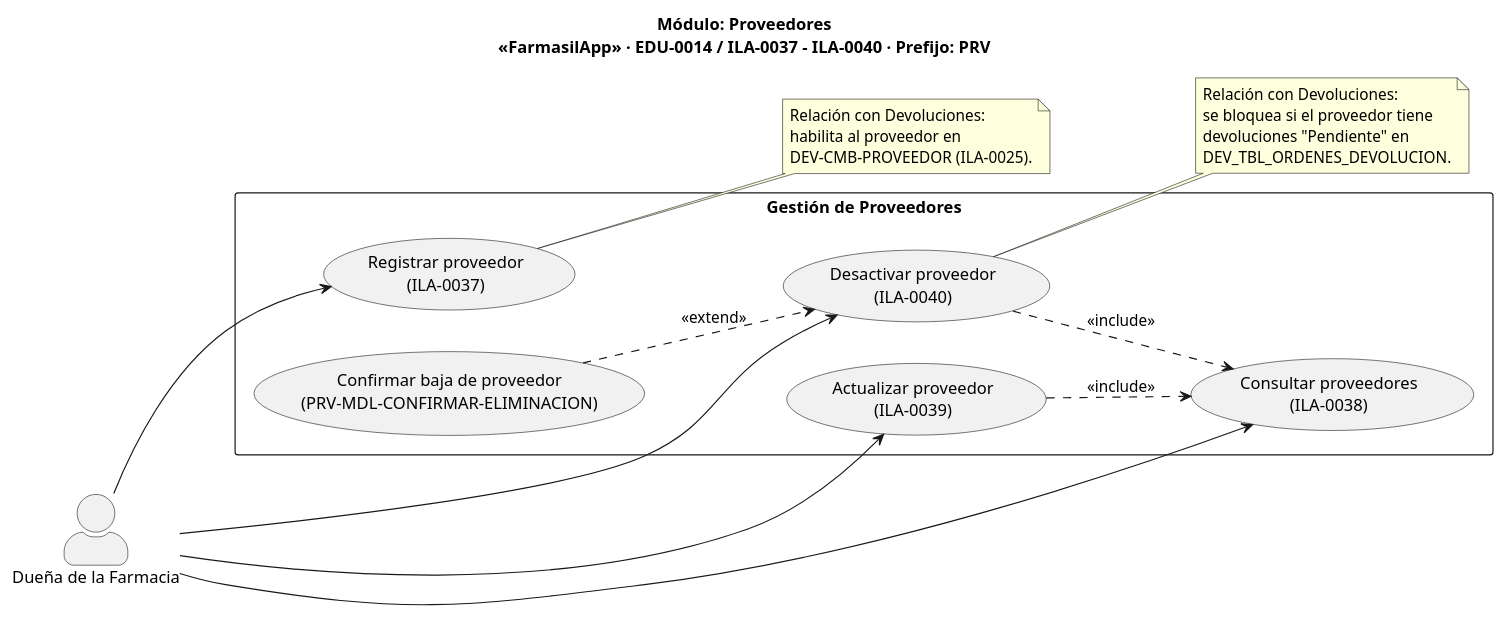
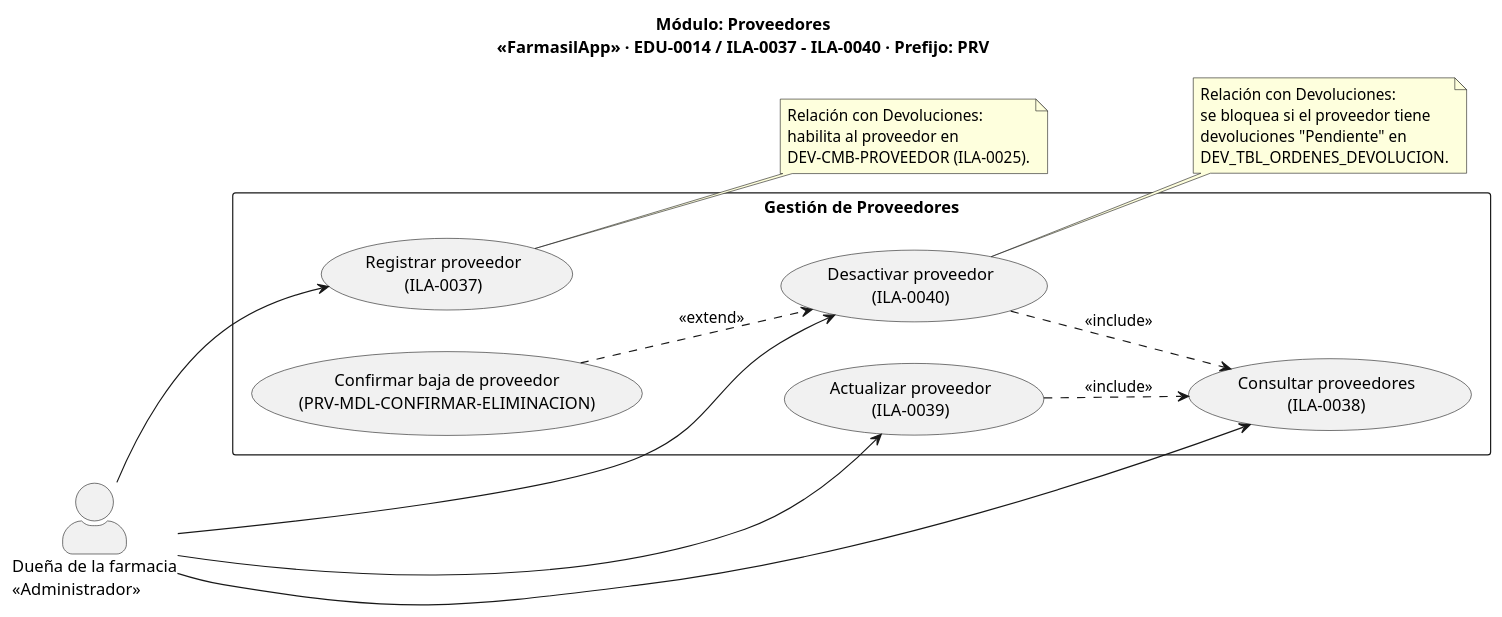
The diagram in docs/diagramas/plaintext-CasosUso/CU-08_Proveedores.puml (Luis-Ayben-Chahua-Charca/Farmasil_App), drawn with PlantUML before and after one commit. The commit also changed 37 other files, not shown here.

First line of the commit message:
docs(comportamiento): elaborar los diagramas de comportamiento y alinear la coherencia del catálogo (#58)

```diff
--- a/docs/diagramas/plaintext-CasosUso/CU-08_Proveedores.puml
+++ b/docs/diagramas/plaintext-CasosUso/CU-08_Proveedores.puml
@@ -1,38 +1,38 @@
 @startuml DiagramaProveedores
 left to right direction
 skinparam actorStyle awesome
 title Módulo: Proveedores\n«FarmasilApp» · EDU-0014 / ILA-0037 - ILA-0040 · Prefijo: PRV
 
-actor "Dueña de la Farmacia" as Duena
+actor "Dueña de la farmacia\n<<Administrador>>" as Duena
 
 rectangle "Gestión de Proveedores" {
   usecase "Registrar proveedor\n(ILA-0037)" as UC_Registrar
   usecase "Consultar proveedores\n(ILA-0038)" as UC_Consultar
   usecase "Actualizar proveedor\n(ILA-0039)" as UC_Actualizar
   usecase "Desactivar proveedor\n(ILA-0040)" as UC_Eliminar
   usecase "Confirmar baja de proveedor\n(PRV-MDL-CONFIRMAR-ELIMINACION)" as UC_Confirmar
 }
 
 Duena --> UC_Registrar
 Duena --> UC_Consultar
 Duena --> UC_Actualizar
 Duena --> UC_Eliminar
 
 UC_Actualizar ..> UC_Consultar : <<include>>
 UC_Eliminar   ..> UC_Consultar : <<include>>
 UC_Confirmar  ..> UC_Eliminar  : <<extend>>
 
 note right of UC_Registrar
   Relación con Devoluciones:
   habilita al proveedor en
   DEV-CMB-PROVEEDOR (ILA-0025).
 end note
 
 note right of UC_Eliminar
   Relación con Devoluciones:
   se bloquea si el proveedor tiene
   devoluciones "Pendiente" en
   DEV_TBL_ORDENES_DEVOLUCION.
 end note
 
 @enduml
```
